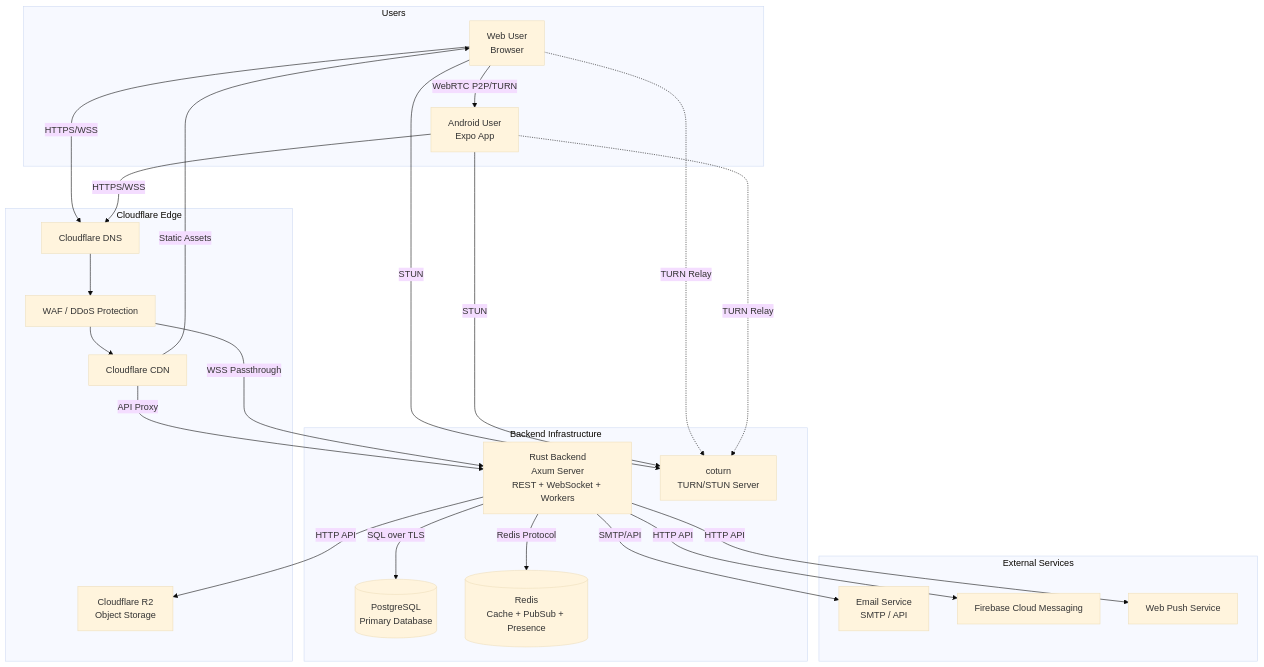
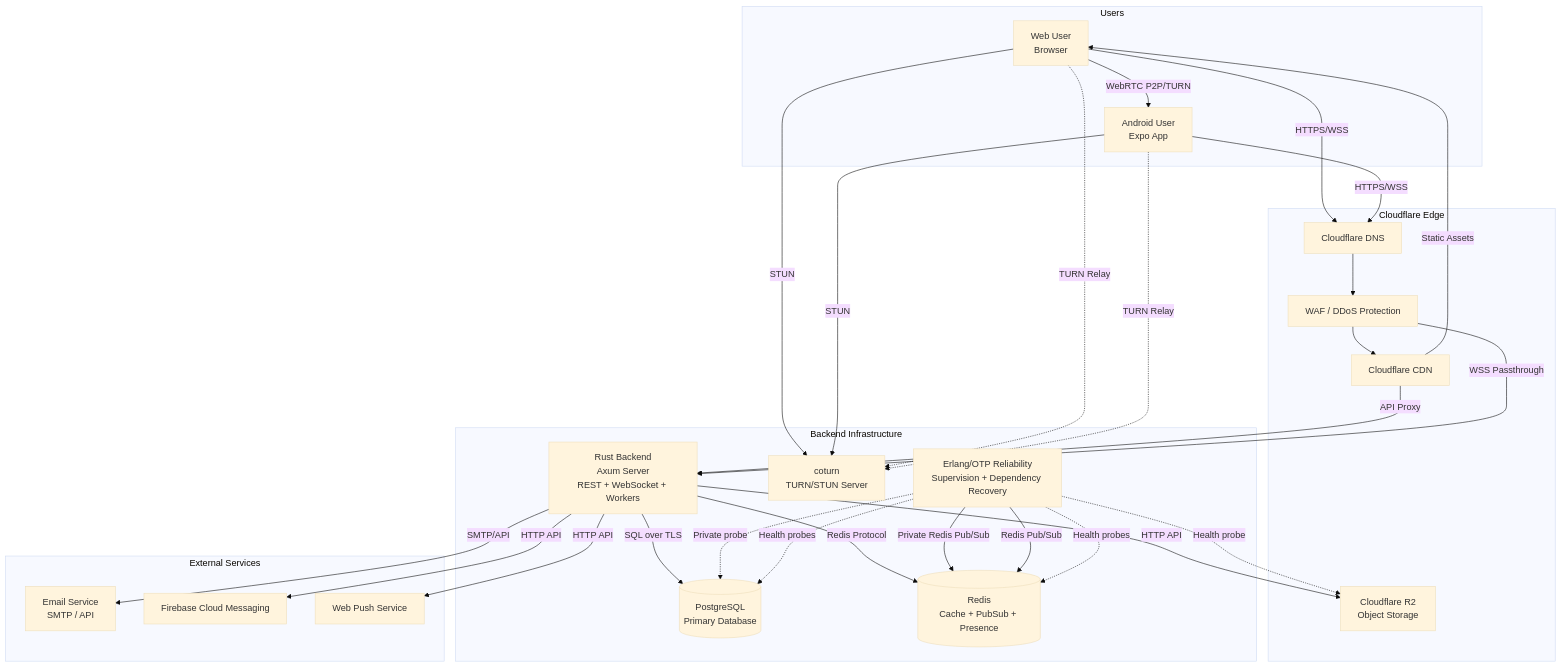
Before and after one commit to Aaditya-kumar-singh/Connect: the first of 4 diagrams in docs/02-architecture/architecture-overview.md, drawn with Mermaid (base theme). The commit also changed other lines of this file and 242 other files, not shown here.

````diff
--- a/docs/02-architecture/architecture-overview.md
+++ b/docs/02-architecture/architecture-overview.md
@@ -51,48 +52,55 @@
 ```mermaid
 graph TB
     subgraph Users
         WEB[Web User<br/>Browser]
         MOBILE[Android User<br/>Expo App]
     end
 
     subgraph "Cloudflare Edge"
         CF_DNS[Cloudflare DNS]
         CF_CDN[Cloudflare CDN]
         CF_WAF[WAF / DDoS Protection]
         CF_R2[Cloudflare R2<br/>Object Storage]
     end
 
     subgraph "Backend Infrastructure"
         AXUM[Rust Backend<br/>Axum Server<br/>REST + WebSocket + Workers]
         PG[(PostgreSQL<br/>Primary Database)]
         REDIS[(Redis<br/>Cache + PubSub + Presence)]
         TURN[coturn<br/>TURN/STUN Server]
+        ERLANG[Erlang/OTP Reliability<br/>Supervision + Dependency Recovery]
     end
 
     subgraph "External Services"
         EMAIL[Email Service<br/>SMTP / API]
         FCM[Firebase Cloud Messaging]
         WEBPUSH[Web Push Service]
     end
 
     WEB -->|HTTPS/WSS| CF_DNS
     MOBILE -->|HTTPS/WSS| CF_DNS
     CF_DNS --> CF_WAF
     CF_WAF --> CF_CDN
     CF_CDN -->|Static Assets| WEB
     CF_CDN -->|API Proxy| AXUM
     CF_WAF -->|WSS Passthrough| AXUM
 
     AXUM -->|SQL over TLS| PG
     AXUM -->|Redis Protocol| REDIS
+    ERLANG -->|Private Redis Pub/Sub| REDIS
+    ERLANG -.->|Private probe| PG
     AXUM -->|HTTP API| CF_R2
     AXUM -->|SMTP/API| EMAIL
     AXUM -->|HTTP API| FCM
     AXUM -->|HTTP API| WEBPUSH
+    ERLANG -->|Redis Pub/Sub| REDIS
+    ERLANG -.->|Health probes| PG
+    ERLANG -.->|Health probes| REDIS
+    ERLANG -.->|Health probe| CF_R2
 
     WEB -->|WebRTC P2P/TURN| MOBILE
     WEB -->|STUN| TURN
     MOBILE -->|STUN| TURN
     WEB -.->|TURN Relay| TURN
     MOBILE -.->|TURN Relay| TURN
 ```
````
